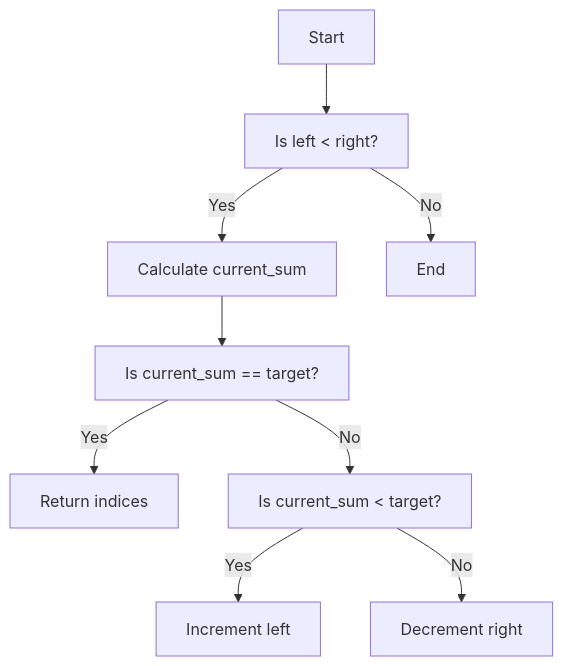
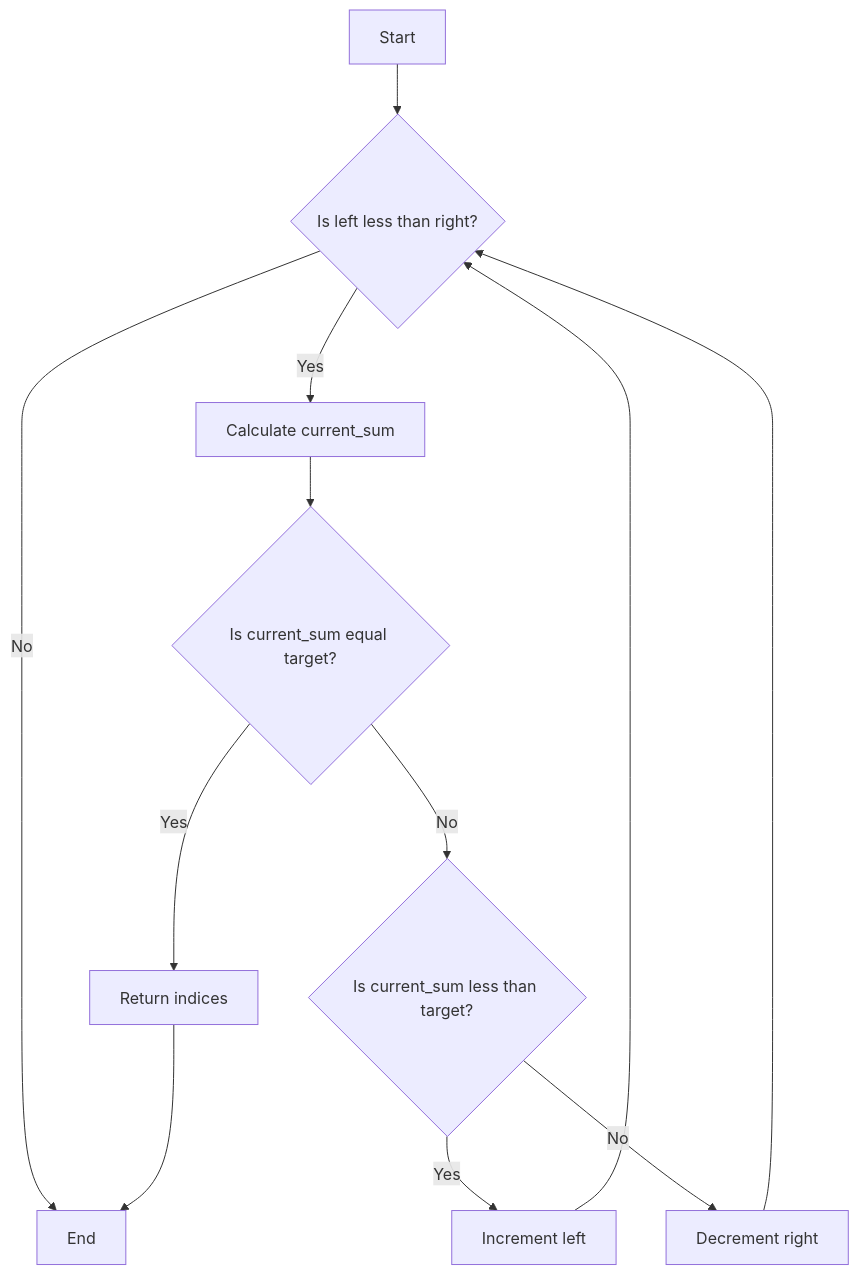
One commit to 42jerrykim/42jerrykim.github.io changed the sixth of 7 diagrams in content/post/2024/2024-10-16-two-pointers/index.md. Above: the diagram before and after it, drawn with Mermaid. The commit also changed other lines of this file and 239 other files, not shown here.

````diff
--- a/content/post/2024/2024-10-16-two-pointers/index.md
+++ b/content/post/2024/2024-10-16-two-pointers/index.md
@@ -536,11 +423,14 @@
 ```mermaid
-graph TD;
-    A[Start] --> B["Is left < right?"]
-    B -->|Yes| C[Calculate current_sum]
-    C --> D["Is current_sum == target?"]
-    D -->|Yes| E[Return indices]
-    D -->|No| F["Is current_sum < target?"]
-    F -->|Yes| G[Increment left]
-    F -->|No| H[Decrement right]
-    B -->|No| I[End]
+flowchart TD
+    startNode["Start"] --> condLeftRight{"Is left less than right?"}
+    condLeftRight -->|"Yes"| calcSum["Calculate current_sum"]
+    calcSum --> eqTarget{"Is current_sum equal target?"}
+    eqTarget -->|"Yes"| returnIdx["Return indices"]
+    eqTarget -->|"No"| cmpTarget{"Is current_sum less than target?"}
+    cmpTarget -->|"Yes"| incLeft["Increment left"]
+    cmpTarget -->|"No"| decRight["Decrement right"]
+    incLeft --> condLeftRight
+    decRight --> condLeftRight
+    condLeftRight -->|"No"| endNode["End"]
+    returnIdx --> endNode
 ```
````
